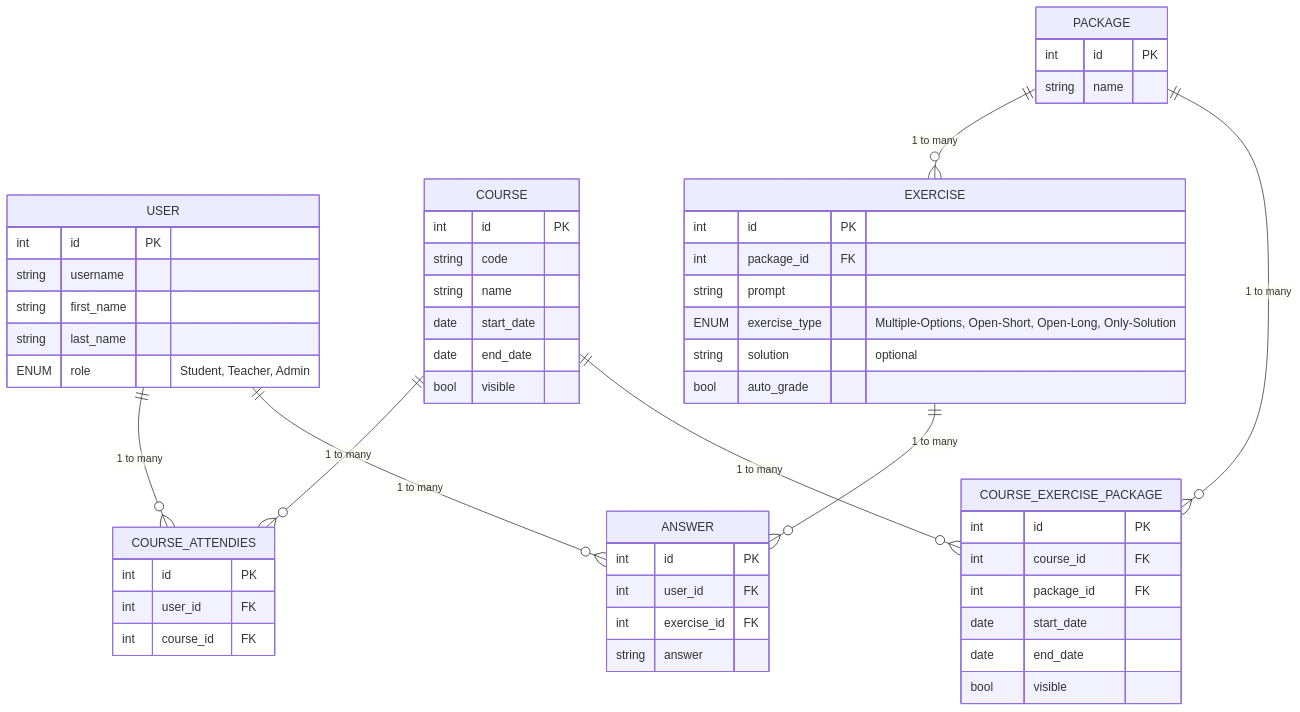
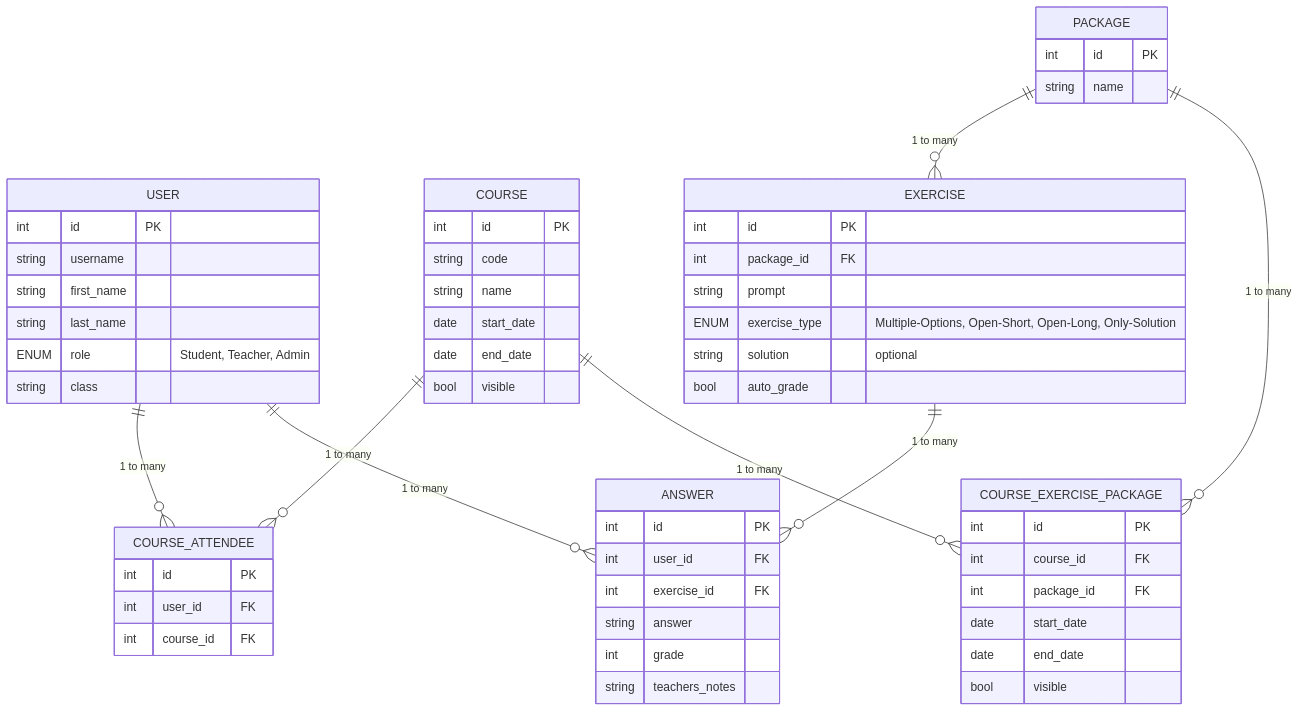
One commit to VehvilainenPooki/learning-environment changed the diagram in Documentation/Design_Document.md. Above: the diagram before and after it, drawn with Mermaid. The commit also changed other lines of this file, not shown here.

````diff
--- a/Documentation/Design_Document.md
+++ b/Documentation/Design_Document.md
@@ -48,69 +50,72 @@
 ```mermaid
 erDiagram
     USER {
         int id PK
         string username
         string first_name
         string last_name
         ENUM role "Student, Teacher, Admin"
+        string class
     }
 
     COURSE {
         int id PK
         string code
         string name
         date start_date
         date end_date
         bool visible
     }
 
 
-    COURSE_ATTENDIES {
+    COURSE_ATTENDEE {
         int id PK
         int user_id FK
         int course_id FK
     }
 
     COURSE_EXERCISE_PACKAGE {
         int id PK
         int course_id FK
         int package_id FK
         date start_date
         date end_date
         bool visible
     }
 
     PACKAGE {
         int id PK
         string name
     }
 
     EXERCISE {
         int id PK
         int package_id FK
         string prompt
         ENUM exercise_type "Multiple-Options, Open-Short, Open-Long, Only-Solution"
         string solution "optional"
         bool auto_grade
     }
 
     ANSWER {
         int id PK
         int user_id FK
         int exercise_id FK
         string answer
+        int grade
+        string teachers_notes
     }
 
 
 
-    USER ||--o{ COURSE_ATTENDIES : "1 to many"
-    COURSE ||--o{ COURSE_ATTENDIES : "1 to many"
+    USER ||--o{ COURSE_ATTENDEE : "1 to many"
+    COURSE ||--o{ COURSE_ATTENDEE : "1 to many"
 
     USER ||--o{ ANSWER : "1 to many"
     EXERCISE ||--o{ ANSWER : "1 to many"
 
     PACKAGE ||--o{ EXERCISE : "1 to many"
 
     COURSE ||--o{ COURSE_EXERCISE_PACKAGE : "1 to many"
     PACKAGE ||--o{ COURSE_EXERCISE_PACKAGE : "1 to many"
 ```
````
